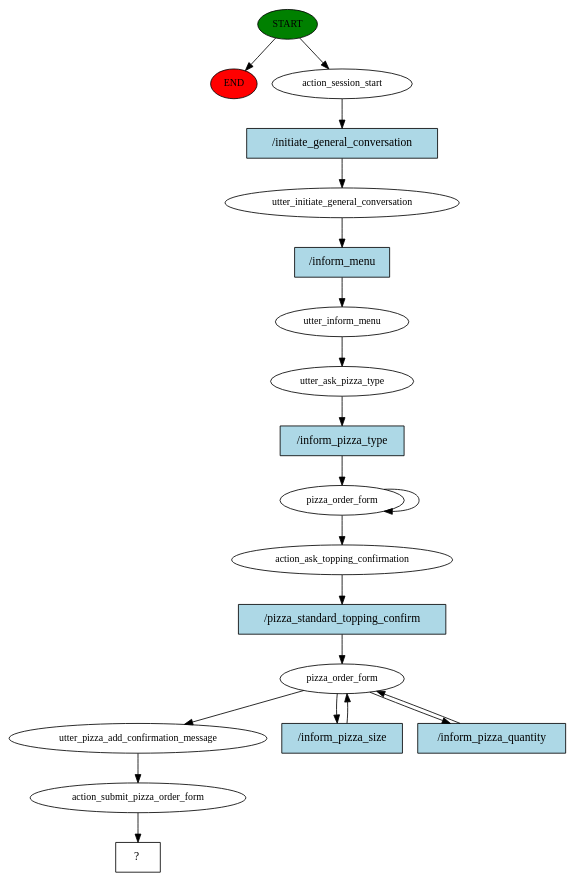
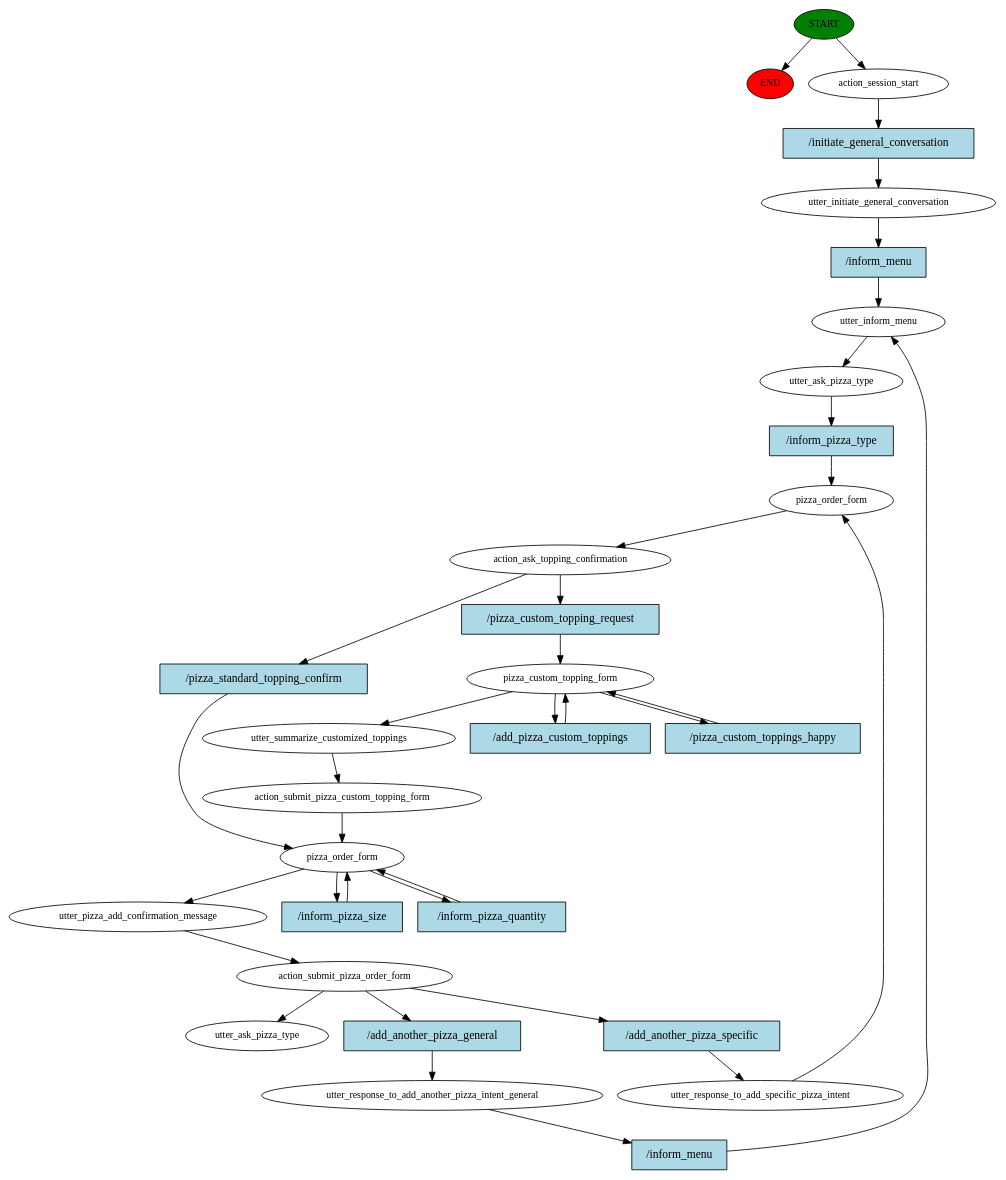
Before and after one commit to HiraAfzal9978/HMD-PizzaBot: the diagram in story_graph.dot, drawn with Graphviz. The commit also changed 4 other files, not shown here.

```diff
--- a/story_graph.dot
+++ b/story_graph.dot
@@ -1,40 +1,66 @@
 digraph  {
 0 [class="start active", fillcolor=green, fontsize=12, label=START, style=filled];
 "-1" [class=end, fillcolor=red, fontsize=12, label=END, style=filled];
 1 [class=active, fontsize=12, label=action_session_start];
 2 [class=active, fontsize=12, label=utter_initiate_general_conversation];
 3 [class=active, fontsize=12, label=utter_inform_menu];
 4 [class=active, fontsize=12, label=utter_ask_pizza_type];
 5 [class=active, fontsize=12, label=pizza_order_form];
-7 [class=active, fontsize=12, label=action_ask_topping_confirmation];
-8 [class=active, fontsize=12, label=pizza_order_form];
-11 [class=active, fontsize=12, label=utter_pizza_add_confirmation_message];
-12 [class=active, fontsize=12, label=action_submit_pizza_order_form];
-13 [class="intent dashed active", label="  ?  ", shape=rect];
-14 [class="intent active", fillcolor=lightblue, label="/initiate_general_conversation", shape=rect, style=filled];
-15 [class="intent active", fillcolor=lightblue, label="/inform_menu", shape=rect, style=filled];
-16 [class="intent active", fillcolor=lightblue, label="/inform_pizza_type", shape=rect, style=filled];
-17 [class="intent active", fillcolor=lightblue, label="/pizza_standard_topping_confirm", shape=rect, style=filled];
-18 [class="intent active", fillcolor=lightblue, label="/inform_pizza_size", shape=rect, style=filled];
-19 [class="intent active", fillcolor=lightblue, label="/inform_pizza_quantity", shape=rect, style=filled];
+6 [class=active, fontsize=12, label=action_ask_topping_confirmation];
+7 [class=active, fontsize=12, label=pizza_order_form];
+10 [class=active, fontsize=12, label=utter_pizza_add_confirmation_message];
+11 [class=active, fontsize=12, label=action_submit_pizza_order_form];
+12 [class=active, fontsize=12, label=utter_response_to_add_another_pizza_intent_general];
+22 [class=active, fontsize=12, label=utter_response_to_add_specific_pizza_intent];
+25 [class=active, fontsize=12, label=pizza_custom_topping_form];
+29 [class=active, fontsize=12, label=utter_summarize_customized_toppings];
+30 [class=active, fontsize=12, label=action_submit_pizza_custom_topping_form];
+36 [class="dashed active", fontsize=12, label=utter_ask_pizza_type];
+37 [class="intent active", fillcolor=lightblue, label="/initiate_general_conversation", shape=rect, style=filled];
+38 [class="intent active", fillcolor=lightblue, label="/inform_menu", shape=rect, style=filled];
+39 [class="intent active", fillcolor=lightblue, label="/inform_pizza_type", shape=rect, style=filled];
+40 [class="intent active", fillcolor=lightblue, label="/pizza_standard_topping_confirm", shape=rect, style=filled];
+41 [class="intent active", fillcolor=lightblue, label="/pizza_custom_topping_request", shape=rect, style=filled];
+42 [class="intent active", fillcolor=lightblue, label="/inform_pizza_size", shape=rect, style=filled];
+43 [class="intent active", fillcolor=lightblue, label="/inform_pizza_quantity", shape=rect, style=filled];
+44 [class="intent active", fillcolor=lightblue, label="/add_another_pizza_general", shape=rect, style=filled];
+45 [class="intent active", fillcolor=lightblue, label="/add_another_pizza_specific", shape=rect, style=filled];
+46 [class="intent active", fillcolor=lightblue, label="/inform_menu", shape=rect, style=filled];
+47 [class="intent active", fillcolor=lightblue, label="/add_pizza_custom_toppings", shape=rect, style=filled];
+48 [class="intent active", fillcolor=lightblue, label="/pizza_custom_toppings_happy", shape=rect, style=filled];
 0 -> "-1"  [class="", key=NONE, label=""];
 0 -> 1  [class=active, key=NONE, label=""];
-1 -> 14  [class=active, key=0];
-2 -> 15  [class=active, key=0];
+1 -> 37  [class=active, key=0];
+2 -> 38  [class=active, key=0];
 3 -> 4  [class=active, key=NONE, label=""];
-4 -> 16  [class=active, key=0];
-5 -> 7  [class=active, key=NONE, label=""];
-5 -> 5  [class=active, key=NONE, label=""];
-7 -> 17  [class=active, key=0];
-8 -> 11  [class=active, key=NONE, label=""];
-8 -> 18  [class=active, key=0];
-8 -> 19  [class=active, key=0];
-11 -> 12  [class=active, key=NONE, label=""];
-12 -> 13  [class=active, key=NONE, label=""];
-14 -> 2  [class=active, key=0];
-15 -> 3  [class=active, key=0];
-16 -> 5  [class=active, key=0];
-17 -> 8  [class=active, key=0];
-18 -> 8  [class=active, key=0];
-19 -> 8  [class=active, key=0];
+4 -> 39  [class=active, key=0];
+5 -> 6  [class=active, key=NONE, label=""];
+6 -> 40  [class=active, key=0];
+6 -> 41  [class=active, key=0];
+7 -> 10  [class=active, key=NONE, label=""];
+7 -> 42  [class=active, key=0];
+7 -> 43  [class=active, key=0];
+10 -> 11  [class=active, key=NONE, label=""];
+11 -> 36  [class=active, key=NONE, label=""];
+11 -> 44  [class=active, key=0];
+11 -> 45  [class=active, key=0];
+12 -> 46  [class=active, key=0];
+22 -> 5  [class=active, key=NONE, label=""];
+25 -> 29  [class=active, key=NONE, label=""];
+25 -> 47  [class=active, key=0];
+25 -> 48  [class=active, key=0];
+29 -> 30  [class=active, key=NONE, label=""];
+30 -> 7  [class=active, key=NONE, label=""];
+37 -> 2  [class=active, key=0];
+38 -> 3  [class=active, key=0];
+39 -> 5  [class=active, key=0];
+40 -> 7  [class=active, key=0];
+41 -> 25  [class=active, key=0];
+42 -> 7  [class=active, key=0];
+43 -> 7  [class=active, key=0];
+44 -> 12  [class=active, key=0];
+45 -> 22  [class=active, key=0];
+46 -> 3  [class=active, key=0];
+47 -> 25  [class=active, key=0];
+48 -> 25  [class=active, key=0];
 }
```
